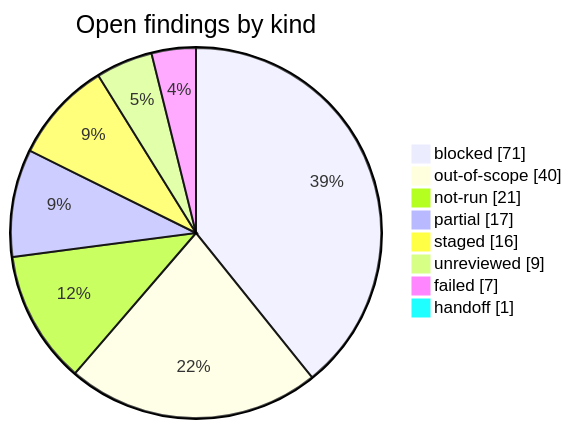
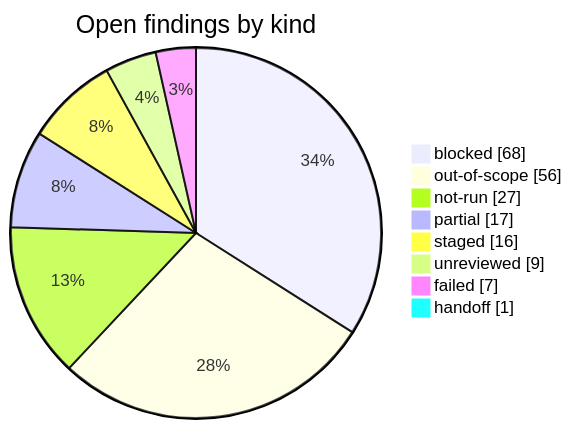
One commit to korczis/OpenTTD changed the diagram in research/open-findings.md. Above: the diagram before and after it, drawn with Mermaid. The commit also changed other lines of this file and 9 other files, not shown here.

````diff
--- a/research/open-findings.md
+++ b/research/open-findings.md
@@ -36,12 +36,12 @@
 ```mermaid
 pie showData title Open findings by kind
     %% links: open-findings.md?col=Kind&filter=blocked#findings | open-findings.md?col=Kind&filter=out-of-scope#findings | open-findings.md?col=Kind&filter=not-run#findings | open-findings.md?col=Kind&filter=partial#findings | open-findings.md?col=Kind&filter=staged#findings | open-findings.md?col=Kind&filter=unreviewed#findings | open-findings.md?col=Kind&filter=failed#findings | open-findings.md?col=Kind&filter=handoff#findings
-    "blocked" : 71
-    "out-of-scope" : 40
-    "not-run" : 21
+    "blocked" : 68
+    "out-of-scope" : 56
+    "not-run" : 27
     "partial" : 17
     "staged" : 16
     "unreviewed" : 9
     "failed" : 7
     "handoff" : 1
 ```
````
